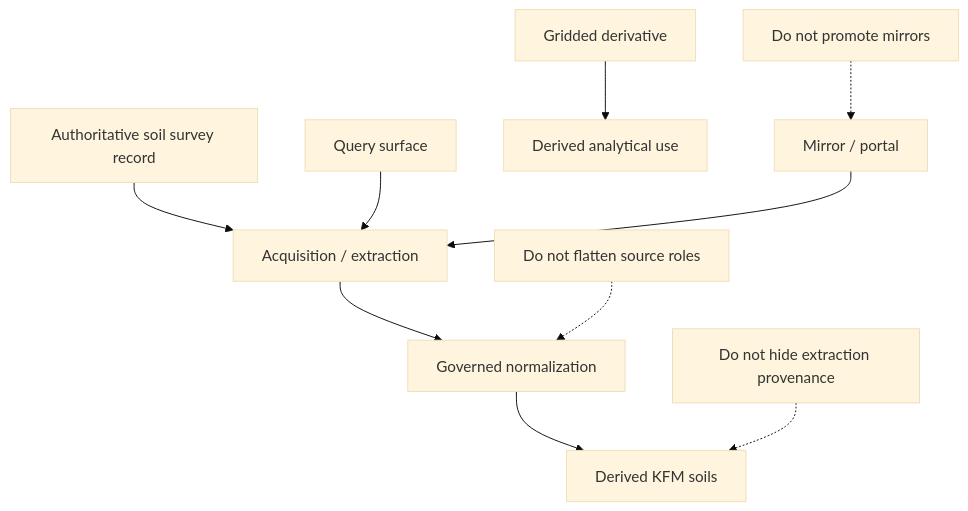
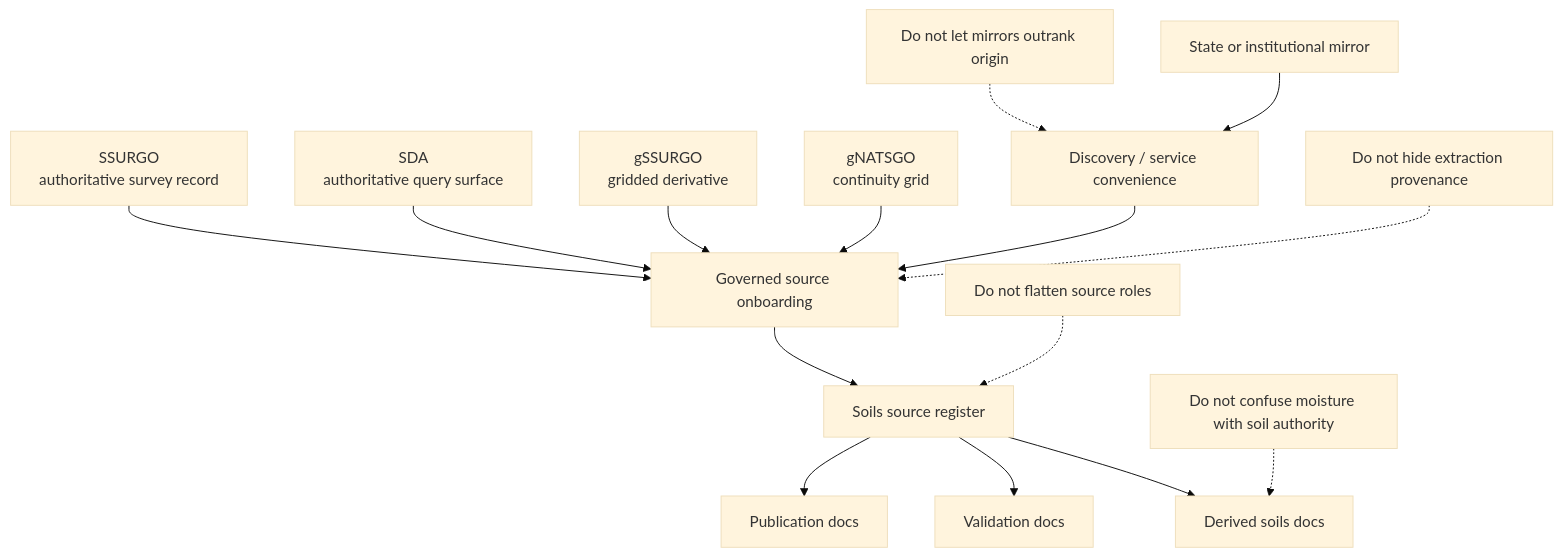
The diagram in docs/domains/soils/sources/README.md (bartytime4life/Kansas-Frontier-Matrix), drawn with Mermaid (base theme) before and after one commit. The commit also changed other lines of this file, not shown here.

First line of the commit message:
Revise README.md for soils sources with updated date

````diff
--- a/docs/domains/soils/sources/README.md
+++ b/docs/domains/soils/sources/README.md
@@ -111,14 +163,19 @@
 ```mermaid
 flowchart TD
-    A[Authoritative soil survey record] --> B[Acquisition / extraction]
-    C[Query surface] --> B
-    D[Gridded derivative] --> E[Derived analytical use]
-    F[Mirror / portal] --> B
+    A[SSURGO<br/>authoritative survey record] --> G[Governed source onboarding]
+    B[SDA<br/>authoritative query surface] --> G
+    C[gSSURGO<br/>gridded derivative] --> G
+    D[gNATSGO<br/>continuity grid] --> G
+    E[State or institutional mirror] --> F[Discovery / service convenience]
+    F --> G
 
-    B --> G[Governed normalization]
-    G --> H[Derived KFM soils]
+    G --> H[Soils source register]
+    H --> I[Derived soils docs]
+    H --> J[Validation docs]
+    H --> K[Publication docs]
 
-    I[Do not promote mirrors] -.-> F
-    J[Do not flatten source roles] -.-> G
-    K[Do not hide extraction provenance] -.-> H
+    L[Do not flatten source roles] -.-> H
+    M[Do not let mirrors outrank origin] -.-> F
+    N[Do not hide extraction provenance] -.-> G
+    O[Do not confuse moisture with soil authority] -.-> I
 ```
````
